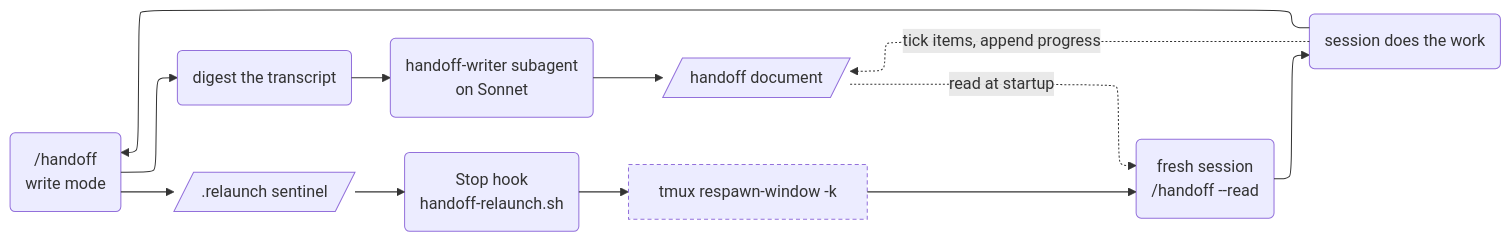
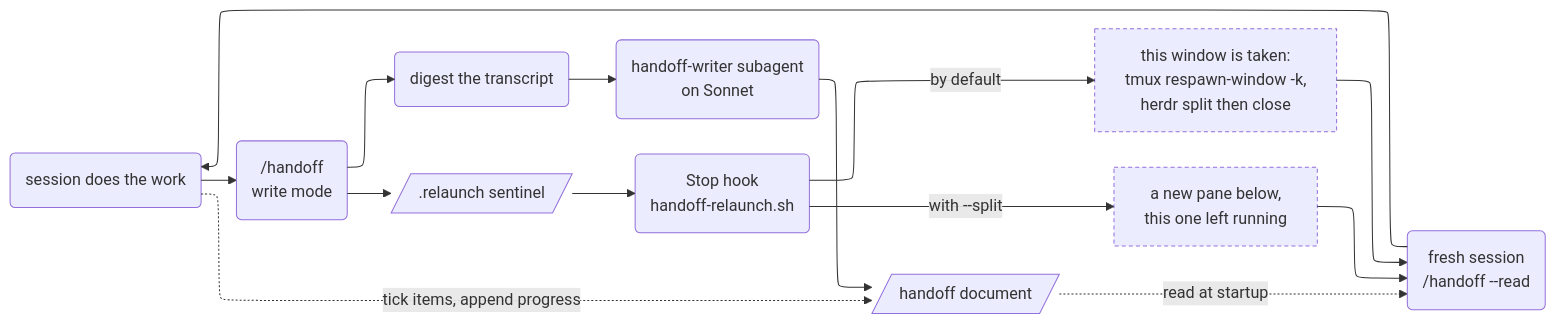
One commit to agentience/agentience-skills changed the diagram in skills/handoff/diagrams/relaunch-loop.mmd. Above: the diagram before and after it, drawn with Mermaid. The commit also changed 17 other files, not shown here.

First line of the commit message:
refactor(handoff): sync the split-up skill, and document it

```diff
--- a/skills/handoff/diagrams/relaunch-loop.mmd
+++ b/skills/handoff/diagrams/relaunch-loop.mmd
@@ -1,18 +1,20 @@
 ---
 config:
   layout: elk
 ---
 flowchart LR
     work("session does the work") --> cmd("/handoff<br/>write mode")
     cmd --> digest("digest the transcript")
     digest --> writer("handoff-writer subagent<br/>on Sonnet")
     writer --> doc[/"handoff document"/]
     cmd --> sentinel[/".relaunch sentinel"/]
     sentinel --> stop("Stop hook<br/>handoff-relaunch.sh")
-    stop --> tmuxwin["tmux respawn-window -k"]
-    tmuxwin --> fresh("fresh session<br/>/handoff --read")
+    stop -->|"by default"| replace["this window is taken:<br/>tmux respawn-window -k,<br/>herdr split then close"]
+    stop -->|"with --split"| beside["a new pane below,<br/>this one left running"]
+    replace --> fresh("fresh session<br/>/handoff --read")
+    beside --> fresh
     doc -.->|"read at startup"| fresh
     fresh --> work
     work -.->|"tick items, append progress"| doc
     classDef external stroke-dasharray:4 3
-    class tmuxwin external
+    class replace,beside external
```
